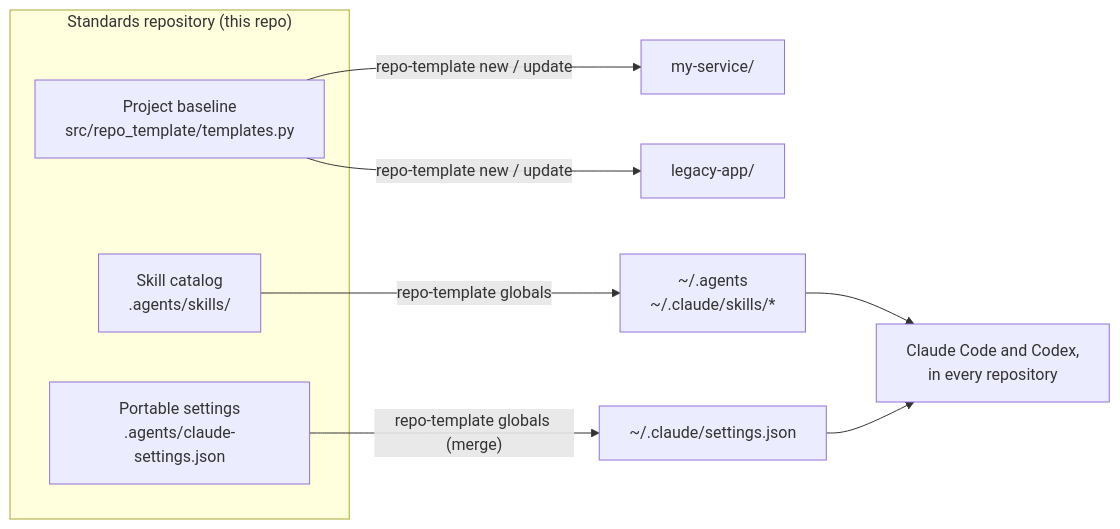
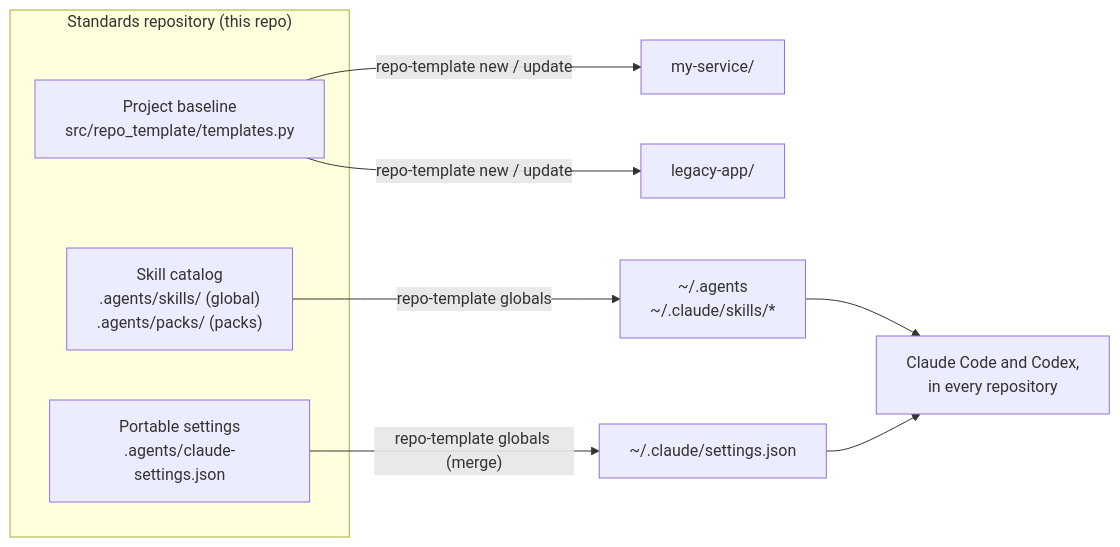
The first of 3 diagrams in README.md (bennwitt/repo-template), drawn with Mermaid before and after one commit. The commit also changed other lines of this file and 8 other files, not shown here.

````diff
--- a/README.md
+++ b/README.md
@@ -39,14 +39,14 @@
 ```mermaid
 flowchart LR
   subgraph S["Standards repository (this repo)"]
     T["Project baseline<br/>src/repo_template/templates.py"]
-    K["Skill catalog<br/>.agents/skills/"]
+    K["Skill catalog<br/>.agents/skills/ (global)<br/>.agents/packs/ (packs)"]
     C["Portable settings<br/>.agents/claude-settings.json"]
   end
   T -- "repo-template new / update" --> P1["my-service/"]
   T -- "repo-template new / update" --> P2["legacy-app/"]
   K -- "repo-template globals" --> H["~/.agents<br/>~/.claude/skills/*"]
   C -- "repo-template globals (merge)" --> H2["~/.claude/settings.json"]
   H --> A["Claude Code and Codex,<br/>in every repository"]
   H2 --> A
 ```
````
